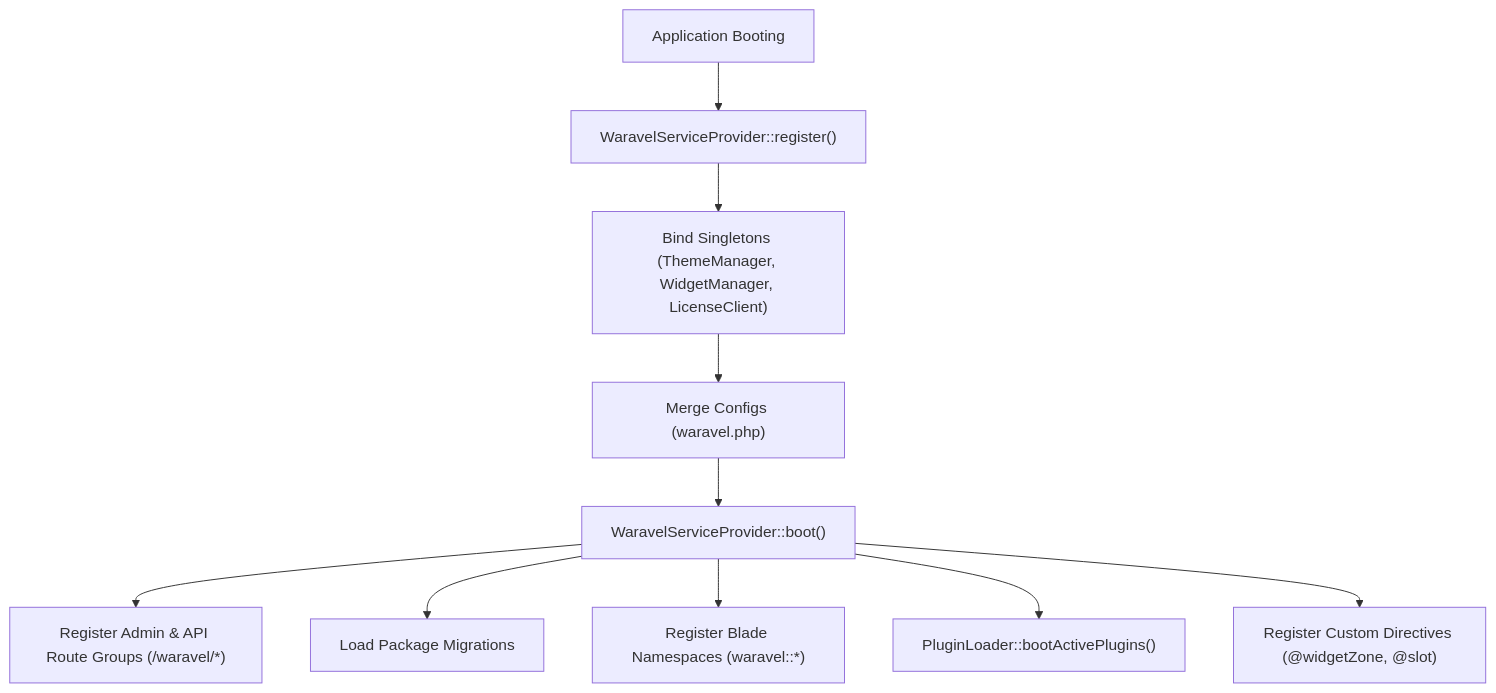
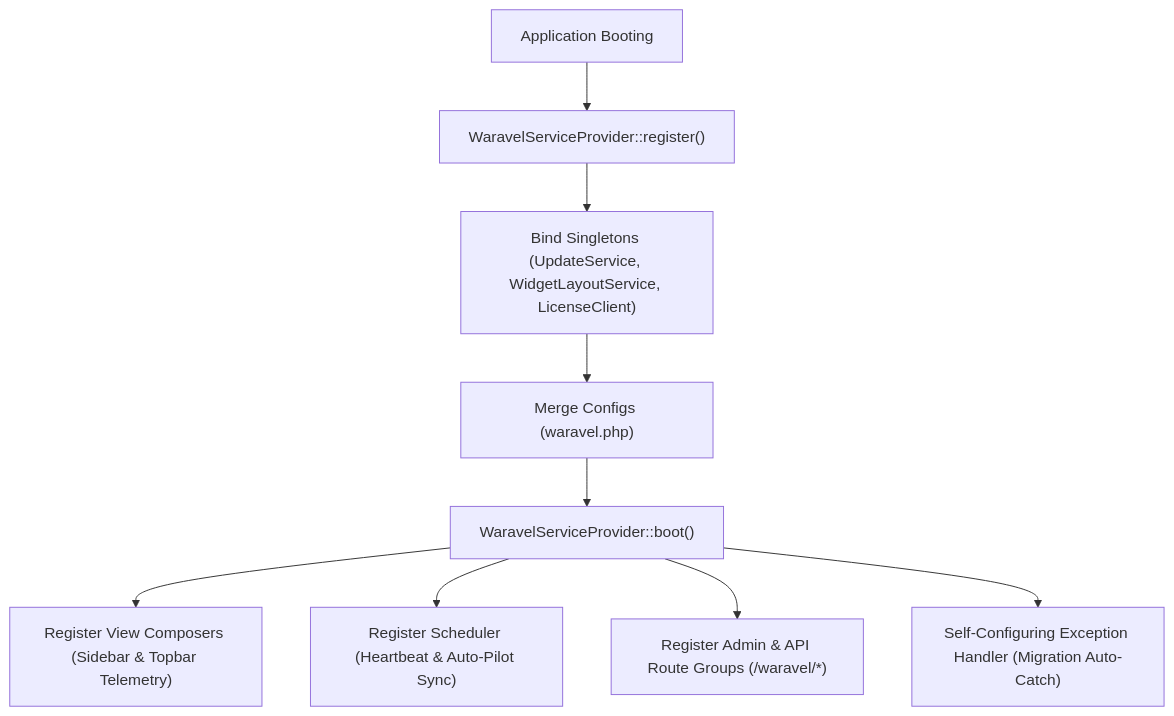
The first of 2 diagrams in developer-guide/infrastructure.md (Sobberrc/waravel-docs), drawn with Mermaid before and after one commit. The commit also changed other lines of this file and 6 other files, not shown here.

````diff
--- a/developer-guide/infrastructure.md
+++ b/developer-guide/infrastructure.md
@@ -13,12 +18,11 @@
 ```mermaid
 flowchart TD
     BOOT["Application Booting"] --> REG["WaravelServiceProvider::register()"]
-    REG --> SINGLETONS["Bind Singletons (ThemeManager, WidgetManager, LicenseClient)"]
+    REG --> SINGLETONS["Bind Singletons (UpdateService, WidgetLayoutService, LicenseClient)"]
     SINGLETONS --> MERGE_CONFIG["Merge Configs (waravel.php)"]
     MERGE_CONFIG --> BOOT_METHOD["WaravelServiceProvider::boot()"]
+    BOOT_METHOD --> COMPOSERS["Register View Composers (Sidebar & Topbar Telemetry)"]
+    BOOT_METHOD --> SCHEDULER["Register Scheduler (Heartbeat & Auto-Pilot Sync)"]
     BOOT_METHOD --> ROUTES["Register Admin & API Route Groups (/waravel/*)"]
-    BOOT_METHOD --> MIGRATIONS["Load Package Migrations"]
-    BOOT_METHOD --> VIEWS["Register Blade Namespaces (waravel::*)"]
-    BOOT_METHOD --> PLUGINS["PluginLoader::bootActivePlugins()"]
-    BOOT_METHOD --> BLADE["Register Custom Directives (@widgetZone, @slot)"]
+    BOOT_METHOD --> EXCEPTION["Self-Configuring Exception Handler (Migration Auto-Catch)"]
 ```
````
